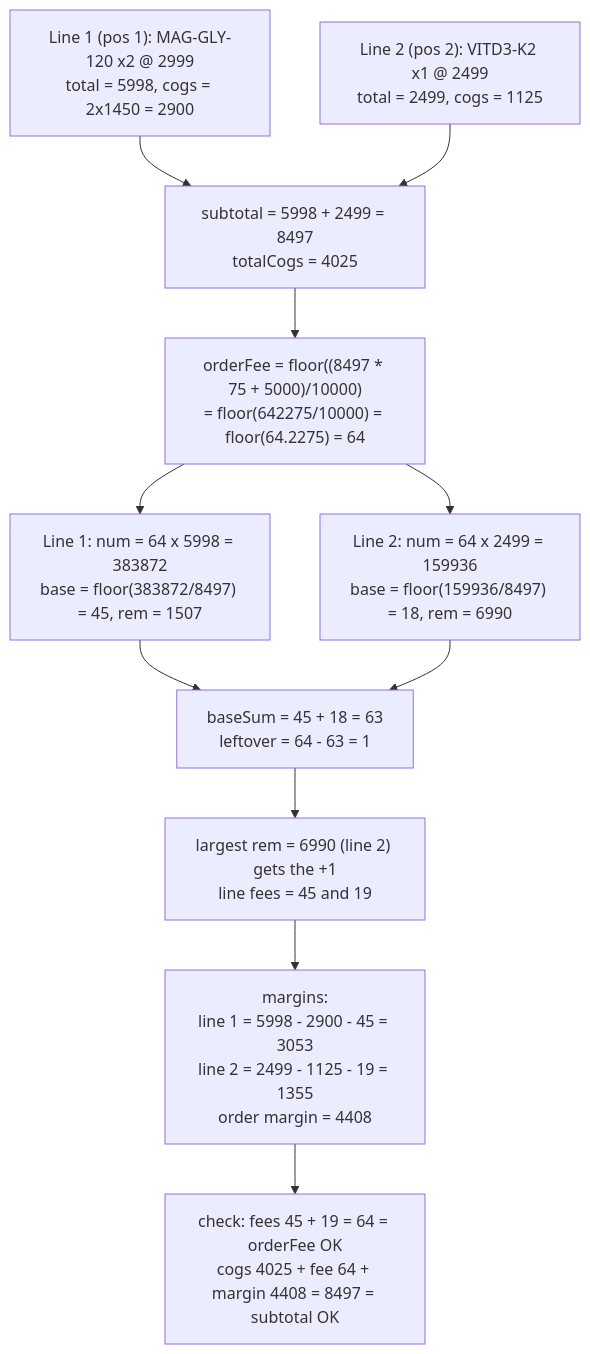
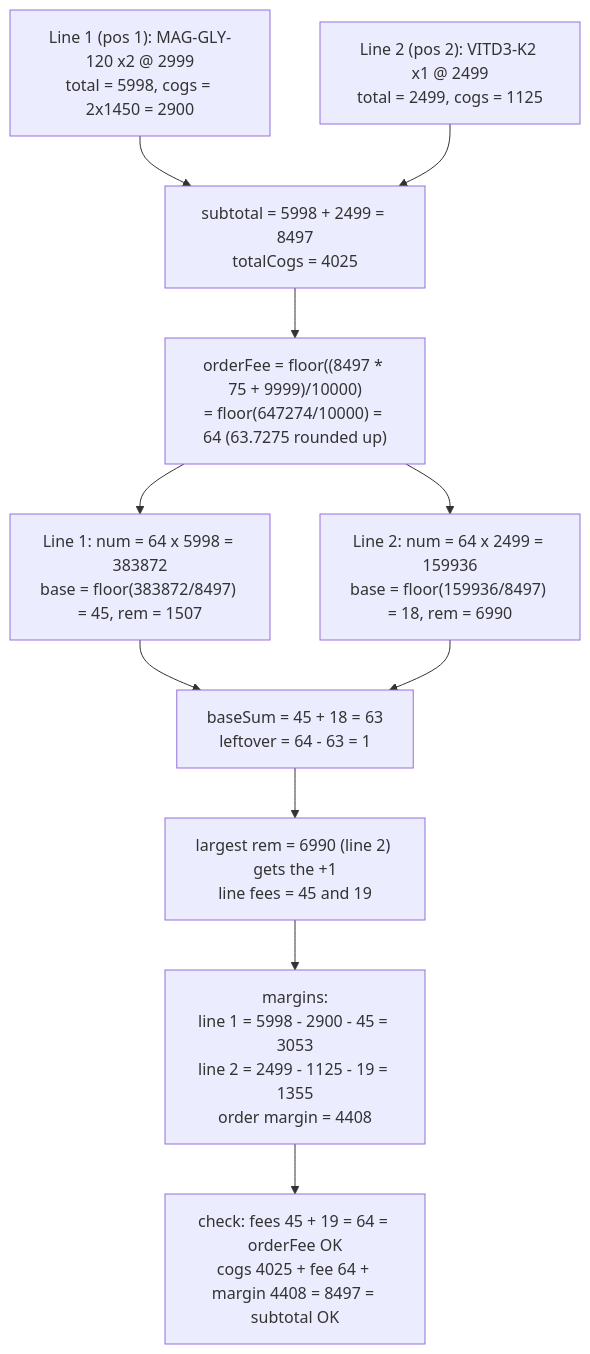
One commit to debudash/supplementstore-online changed the ninth of 9 diagrams in docs/DIAGRAMS.md. Above: the diagram before and after it, drawn with Mermaid. The commit also changed other lines of this file and 59 other files, not shown here.

First line of the commit message:
feat(pricing): round once per order - fee rounded up, no rounding left over

````diff
--- a/docs/DIAGRAMS.md
+++ b/docs/DIAGRAMS.md
@@ -525,15 +530,15 @@
 ```mermaid
 flowchart TB
   l1["Line 1 (pos 1): MAG-GLY-120 x2 @ 2999<br/>total = 5998, cogs = 2x1450 = 2900"]
   l2["Line 2 (pos 2): VITD3-K2 x1 @ 2499<br/>total = 2499, cogs = 1125"]
   l1 --> sub["subtotal = 5998 + 2499 = 8497<br/>totalCogs = 4025"]
   l2 --> sub
-  sub --> f["orderFee = floor((8497 * 75 + 5000)/10000)<br/>= floor(642275/10000) = floor(64.2275) = 64"]
+  sub --> f["orderFee = floor((8497 * 75 + 9999)/10000)<br/>= floor(647274/10000) = 64 (63.7275 rounded up)"]
   f --> a1["Line 1: num = 64 x 5998 = 383872<br/>base = floor(383872/8497) = 45, rem = 1507"]
   f --> a2["Line 2: num = 64 x 2499 = 159936<br/>base = floor(159936/8497) = 18, rem = 6990"]
   a1 --> lo["baseSum = 45 + 18 = 63<br/>leftover = 64 - 63 = 1"]
   a2 --> lo
   lo --> win["largest rem = 6990 (line 2) gets the +1<br/>line fees = 45 and 19"]
   win --> m["margins:<br/>line 1 = 5998 - 2900 - 45 = 3053<br/>line 2 = 2499 - 1125 - 19 = 1355<br/>order margin = 4408"]
   m --> chk["check: fees 45 + 19 = 64 = orderFee OK<br/>cogs 4025 + fee 64 + margin 4408 = 8497 = subtotal OK"]
 ```
````
